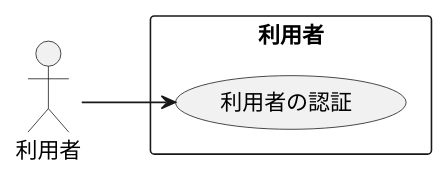
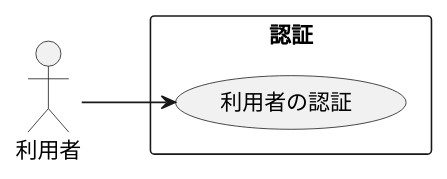
Before and after one commit to k2works/case-study-mrs: diagram 18 of 19 in docs/index.adoc, drawn with PlantUML. The commit also changed other lines of this file and 21 other files, not shown here.

```diff
--- a/docs/index.adoc
+++ b/docs/index.adoc
@@ -586,11 +585,11 @@
 [plantuml]
 ----
 @startuml
 left to right direction
 actor "利用者" as user
-rectangle 利用者 {
+rectangle 認証 {
   usecase "利用者の認証" as UC1
 }
 user --> UC1
 @enduml
 ----
```
